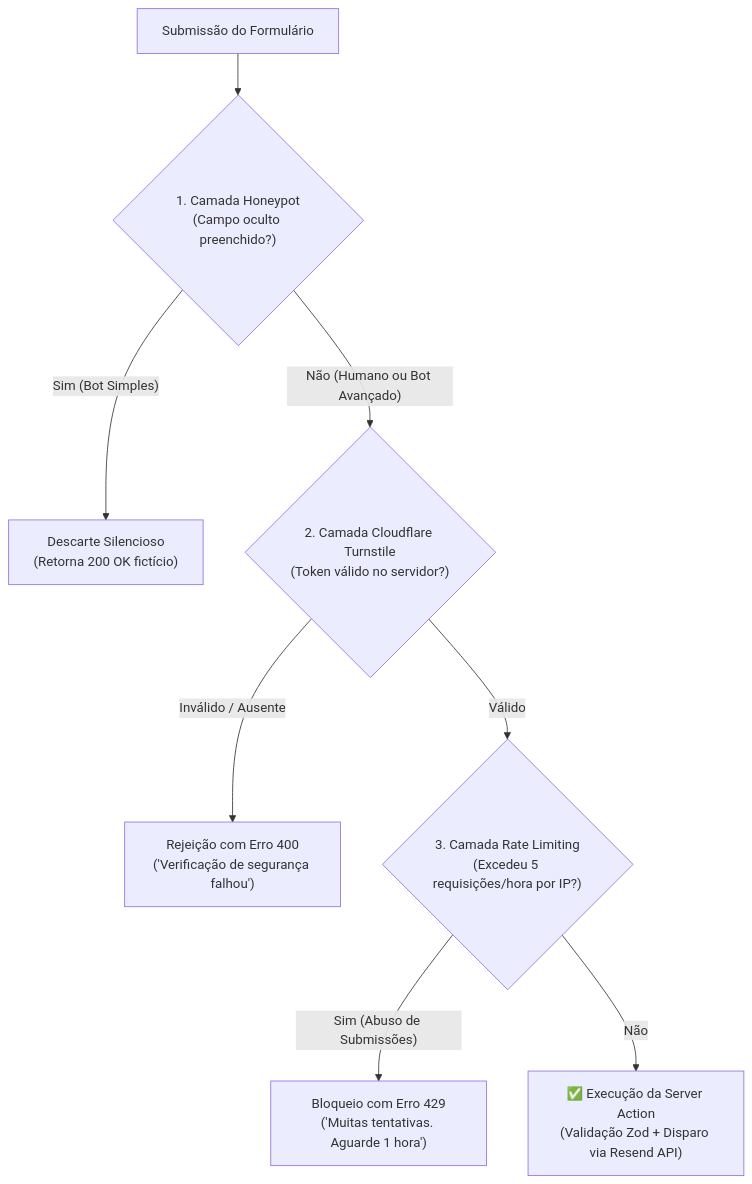
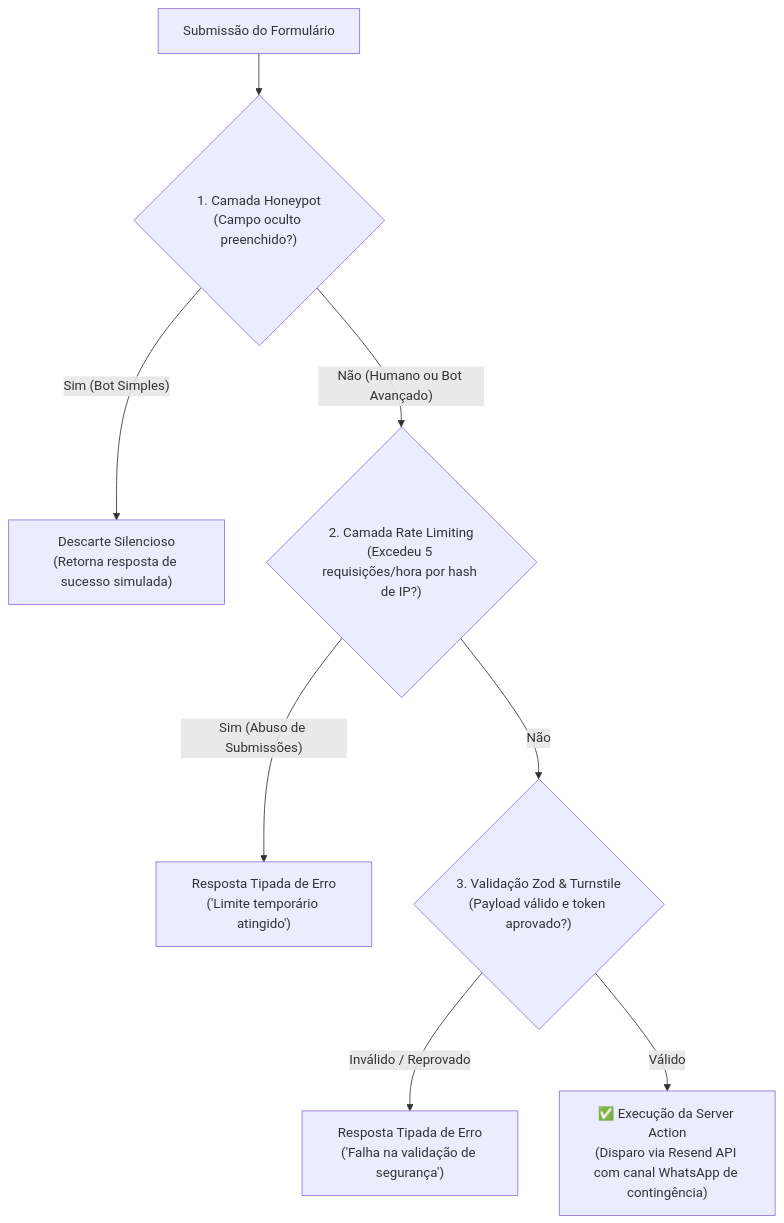
The diagram in docs/adr/0011-defesa-antispam-e-protecao-de-formularios.md (heviane/institutional-website-template), drawn with Mermaid before and after one commit. The commit also changed other lines of this file and 3 other files, not shown here.

Commit message:
fix(arch): alinhar invariantes Zod 3, segregar envs, proteger IP por hash e ordenar camadas de defesa

````diff
--- a/docs/adr/0011-defesa-antispam-e-protecao-de-formularios.md
+++ b/docs/adr/0011-defesa-antispam-e-protecao-de-formularios.md
@@ -30,10 +30,10 @@
 ```mermaid
 flowchart TD
     A["Submissão do Formulário"] --> B{"1. Camada Honeypot<br/>(Campo oculto preenchido?)"}
-    B -- "Sim (Bot Simples)" --> C["Descarte Silencioso<br/>(Retorna 200 OK fictício)"]
-    B -- "Não (Humano ou Bot Avançado)" --> D{"2. Camada Cloudflare Turnstile<br/>(Token válido no servidor?)"}
-    D -- "Inválido / Ausente" --> E["Rejeição com Erro 400<br/>('Verificação de segurança falhou')"]
-    D -- "Válido" --> F{"3. Camada Rate Limiting<br/>(Excedeu 5 requisições/hora por IP?)"}
-    F -- "Sim (Abuso de Submissões)" --> G["Bloqueio com Erro 429<br/>('Muitas tentativas. Aguarde 1 hora')"]
-    F -- "Não" --> H["✅ Execução da Server Action<br/>(Validação Zod + Disparo via Resend API)"]
+    B -- "Sim (Bot Simples)" --> C["Descarte Silencioso<br/>(Retorna resposta de sucesso simulada)"]
+    B -- "Não (Humano ou Bot Avançado)" --> D{"2. Camada Rate Limiting<br/>(Excedeu 5 requisições/hora por hash de IP?)"}
+    D -- "Sim (Abuso de Submissões)" --> E["Resposta Tipada de Erro<br/>('Limite temporário atingido')"]
+    D -- "Não" --> F{"3. Validação Zod & Turnstile<br/>(Payload válido e token aprovado?)"}
+    F -- "Inválido / Reprovado" --> G["Resposta Tipada de Erro<br/>('Falha na validação de segurança')"]
+    F -- "Válido" --> H["✅ Execução da Server Action<br/>(Disparo via Resend API com canal WhatsApp de contingência)"]
 ```
````
